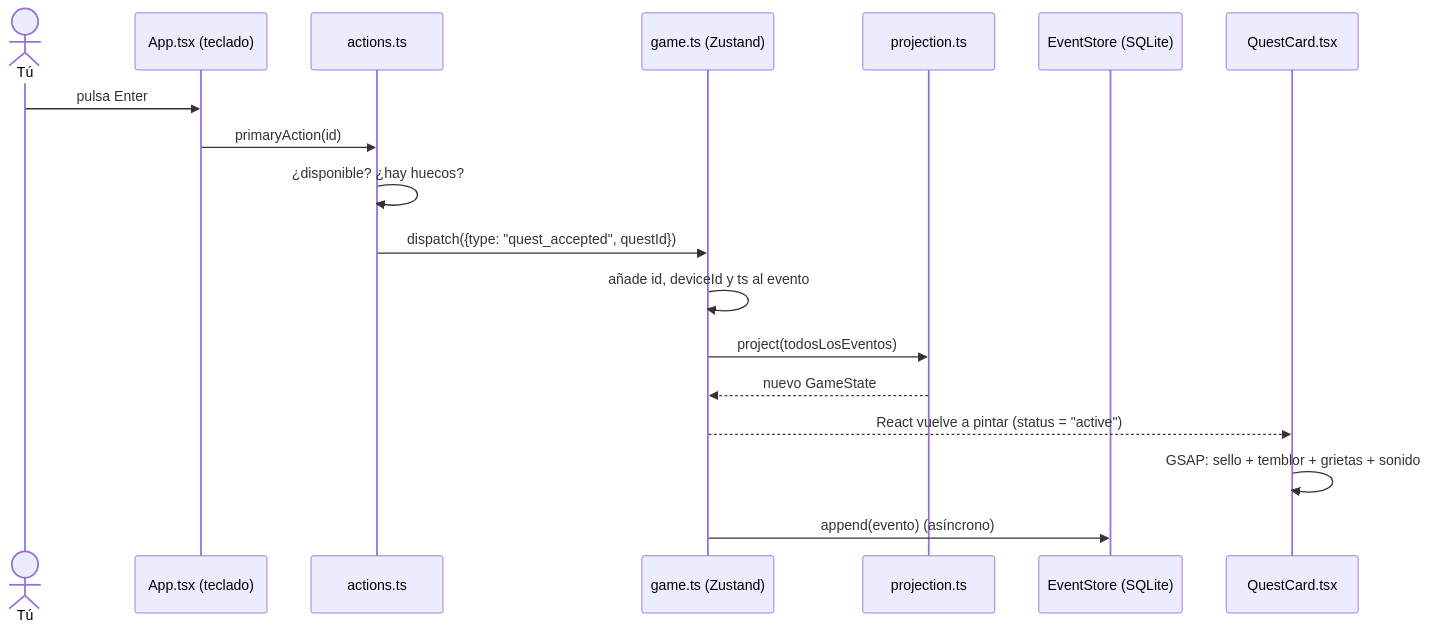
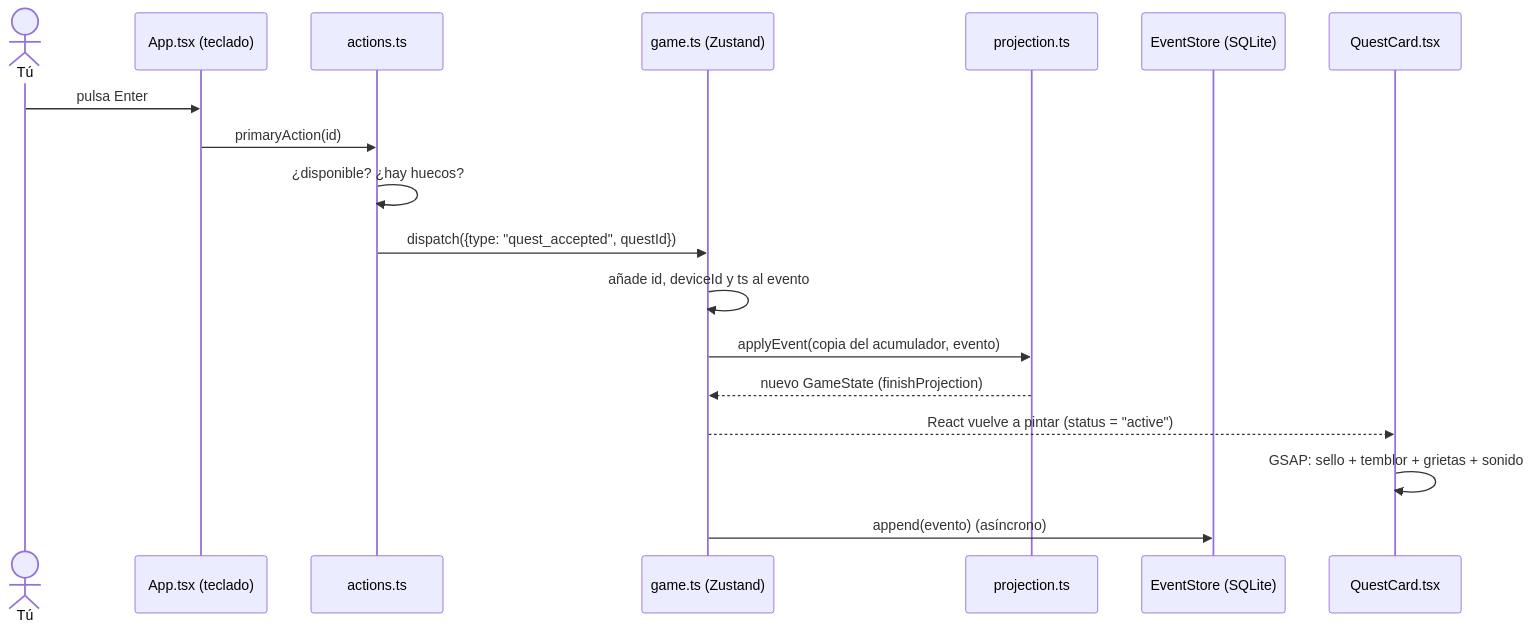
One commit to Carlos-Requena/Quest_Tareas changed the diagram in docs/COMO-FUNCIONA.md. Above: the diagram before and after it, drawn with Mermaid. The commit also changed other lines of this file and 32 other files, not shown here.

````diff
--- a/docs/COMO-FUNCIONA.md
+++ b/docs/COMO-FUNCIONA.md
@@ -34,21 +34,21 @@
 ```mermaid
 sequenceDiagram
     actor Tú
     participant App as App.tsx (teclado)
     participant Act as actions.ts
     participant Store as game.ts (Zustand)
     participant Dom as projection.ts
     participant DB as EventStore (SQLite)
     participant Card as QuestCard.tsx
 
     Tú->>App: pulsa Enter
     App->>Act: primaryAction(id)
     Act->>Act: ¿disponible? ¿hay huecos?
     Act->>Store: dispatch({type: "quest_accepted", questId})
     Store->>Store: añade id, deviceId y ts al evento
-    Store->>Dom: project(todosLosEventos)
-    Dom-->>Store: nuevo GameState
+    Store->>Dom: applyEvent(copia del acumulador, evento)
+    Dom-->>Store: nuevo GameState (finishProjection)
     Store-->>Card: React vuelve a pintar (status = "active")
     Card->>Card: GSAP: sello + temblor + grietas + sonido
     Store->>DB: append(evento) (asíncrono)
 ```
````
